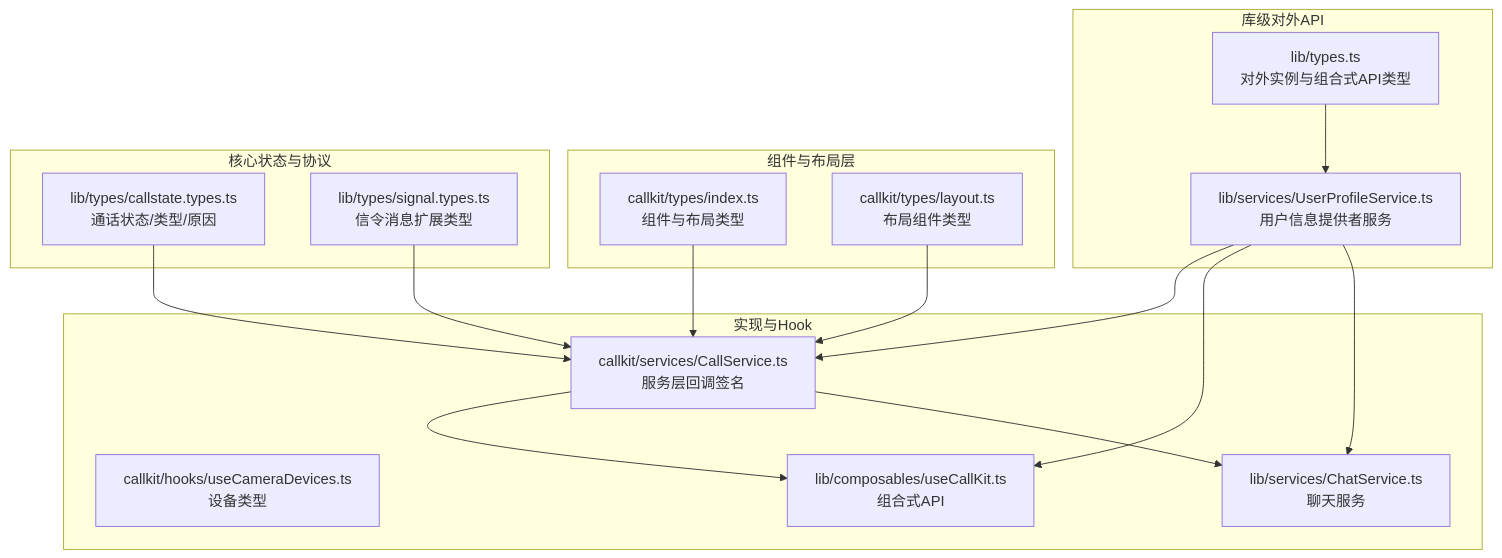
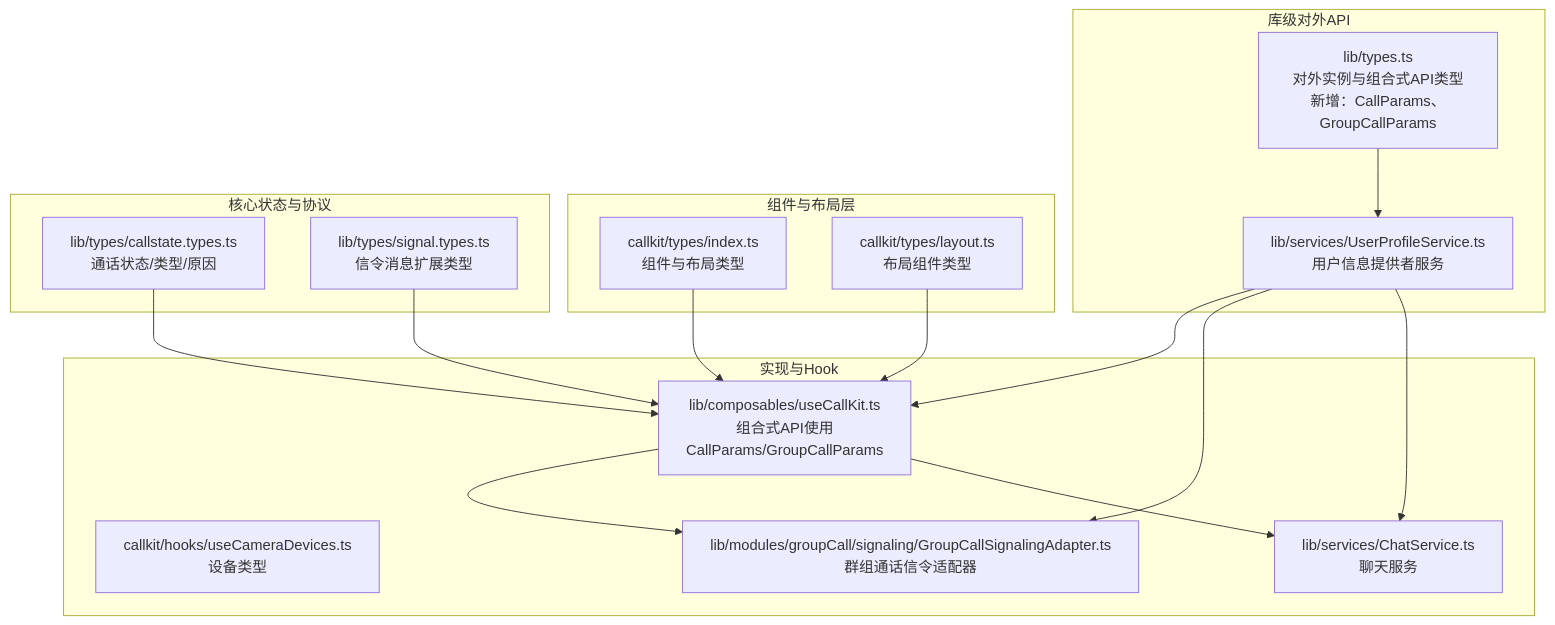
Before and after one commit to Easemob-Community/easemob-uikit-callkit-vue3: the first of 10 diagrams in .qoder/repowiki/zh/content/类型定义.md, drawn with Mermaid. The commit also changed other lines of this file and 6 other files, not shown here.

````diff
--- a/.qoder/repowiki/zh/content/类型定义.md
+++ b/.qoder/repowiki/zh/content/类型定义.md
@@ -53,31 +55,31 @@
 ```mermaid
 graph TB
 subgraph "库级对外API"
-A["lib/types.ts<br/>对外实例与组合式API类型"]
+A["lib/types.ts<br/>对外实例与组合式API类型<br/>新增：CallParams、GroupCallParams"]
 B["lib/services/UserProfileService.ts<br/>用户信息提供者服务"]
 end
 subgraph "组件与布局层"
 C["callkit/types/index.ts<br/>组件与布局类型"]
 D["callkit/types/layout.ts<br/>布局组件类型"]
 end
 subgraph "核心状态与协议"
 E["lib/types/callstate.types.ts<br/>通话状态/类型/原因"]
 F["lib/types/signal.types.ts<br/>信令消息扩展类型"]
 end
 subgraph "实现与Hook"
-G["callkit/services/CallService.ts<br/>服务层回调签名"]
+G["lib/composables/useCallKit.ts<br/>组合式API使用CallParams/GroupCallParams"]
 H["callkit/hooks/useCameraDevices.ts<br/>设备类型"]
-I["lib/composables/useCallKit.ts<br/>组合式API"]
+I["lib/modules/groupCall/signaling/GroupCallSignalingAdapter.ts<br/>群组通话信令适配器"]
 J["lib/services/ChatService.ts<br/>聊天服务"]
 end
 A --> B
 C --> G
 D --> G
 E --> G
 F --> G
 B --> G
 B --> I
 B --> J
 G --> I
 G --> J
 ```
````
